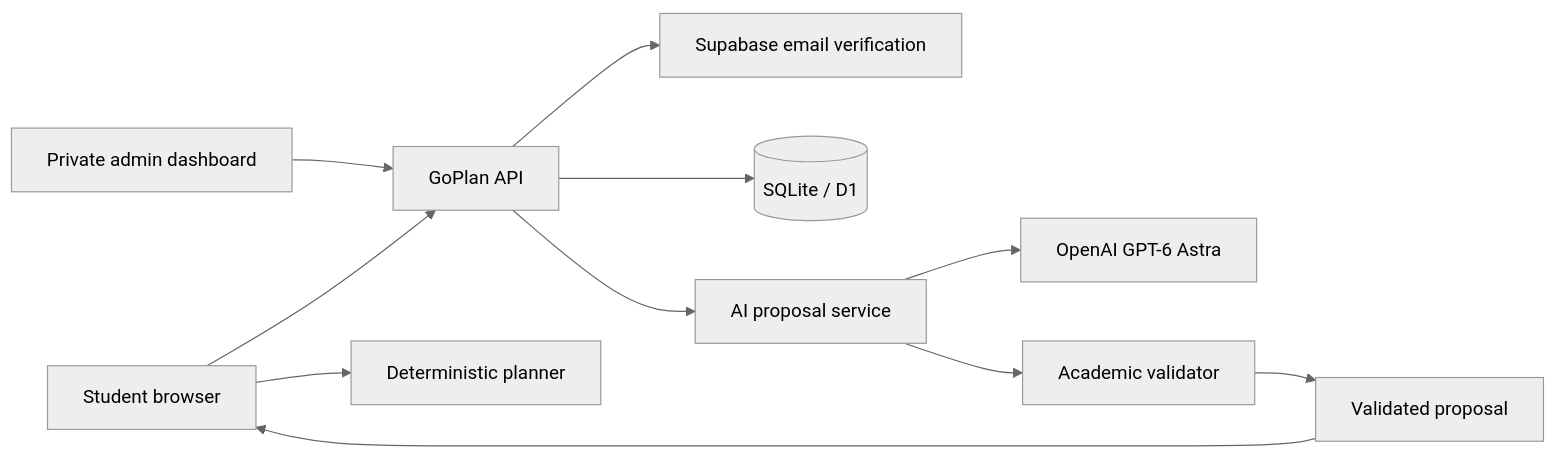
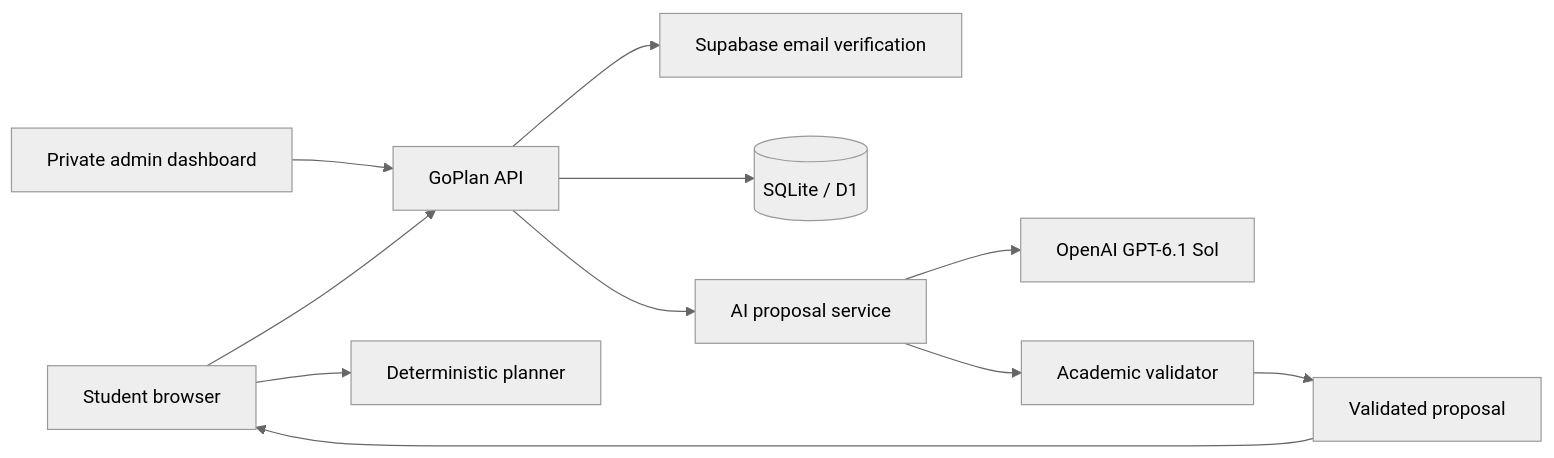
Before and after one commit to soulaymanealahiane/GoPlan: the diagram in docs/ARCHITECTURE.md, drawn with Mermaid (neutral theme). The commit also changed other lines of this file and 27 other files, not shown here.

Commit message:
Bound adviser latency and spending with GPT-6.1 Sol and focused research

````diff
--- a/docs/ARCHITECTURE.md
+++ b/docs/ARCHITECTURE.md
@@ -3,13 +3,13 @@
 ```mermaid
 flowchart LR
     Student[Student browser] --> API[GoPlan API]
     Admin[Private admin dashboard] --> API
     API --> Auth[Supabase email verification]
     API --> Store[(SQLite / D1)]
     API --> Agent[AI proposal service]
-    Agent --> Model[OpenAI GPT-6 Astra]
+    Agent --> Model[OpenAI GPT-6.1 Sol]
     Agent --> Rules[Academic validator]
     Student --> Scheduler[Deterministic planner]
     Rules --> Proposal[Validated proposal]
     Proposal --> Student
 ```
````
